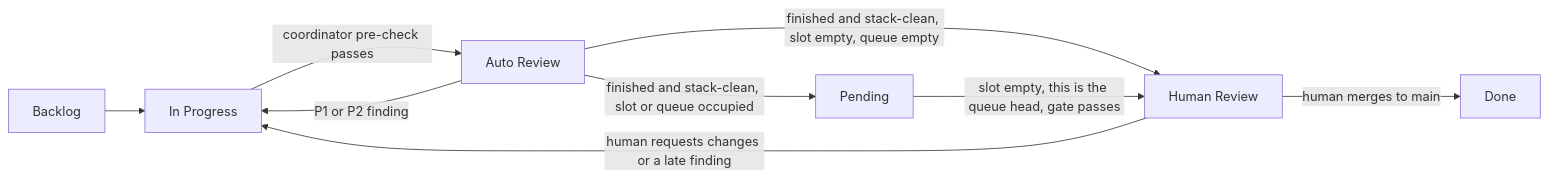
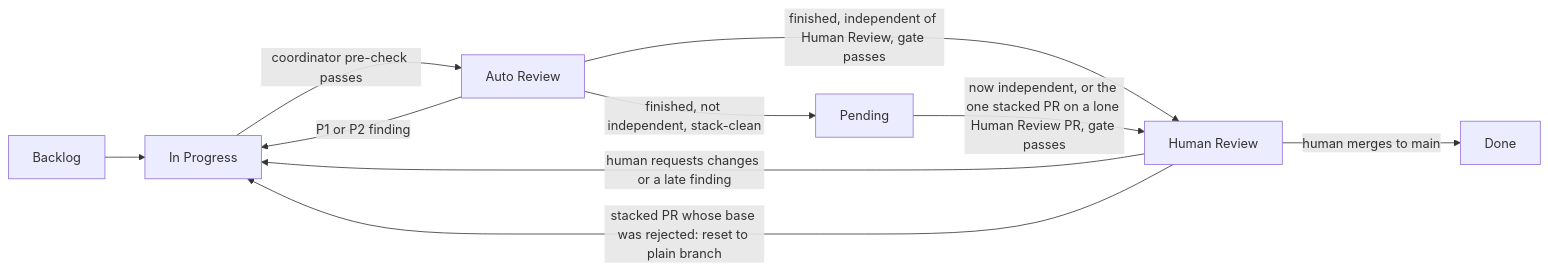
One commit to tangentcode/methodology changed the diagram in workflow.md. Above: the diagram before and after it, drawn with Mermaid. The commit also changed other lines of this file and 4 other files, not shown here.

First line of the commit message:
Human Review: any number of independent PRs, one stacked PR with a banner, reset on rejection (#33)

````diff
--- a/workflow.md
+++ b/workflow.md
@@ -26,11 +26,12 @@
 ```mermaid
 flowchart LR
     B[Backlog] --> IP[In Progress]
     IP -->|coordinator pre-check passes| AR[Auto Review]
     AR -->|P1 or P2 finding| IP
-    AR -->|finished and stack-clean, slot empty, queue empty| HR[Human Review]
-    AR -->|finished and stack-clean, slot or queue occupied| P[Pending]
-    P -->|slot empty, this is the queue head, gate passes| HR[Human Review]
+    AR -->|finished, independent of Human Review, gate passes| HR[Human Review]
+    AR -->|finished, not independent, stack-clean| P[Pending]
+    P -->|now independent, or the one stacked PR on a lone Human Review PR, gate passes| HR
     HR -->|human requests changes or a late finding| IP
+    HR -->|stacked PR whose base was rejected: reset to plain branch| IP
     HR -->|human merges to main| D[Done]
 ```
````
